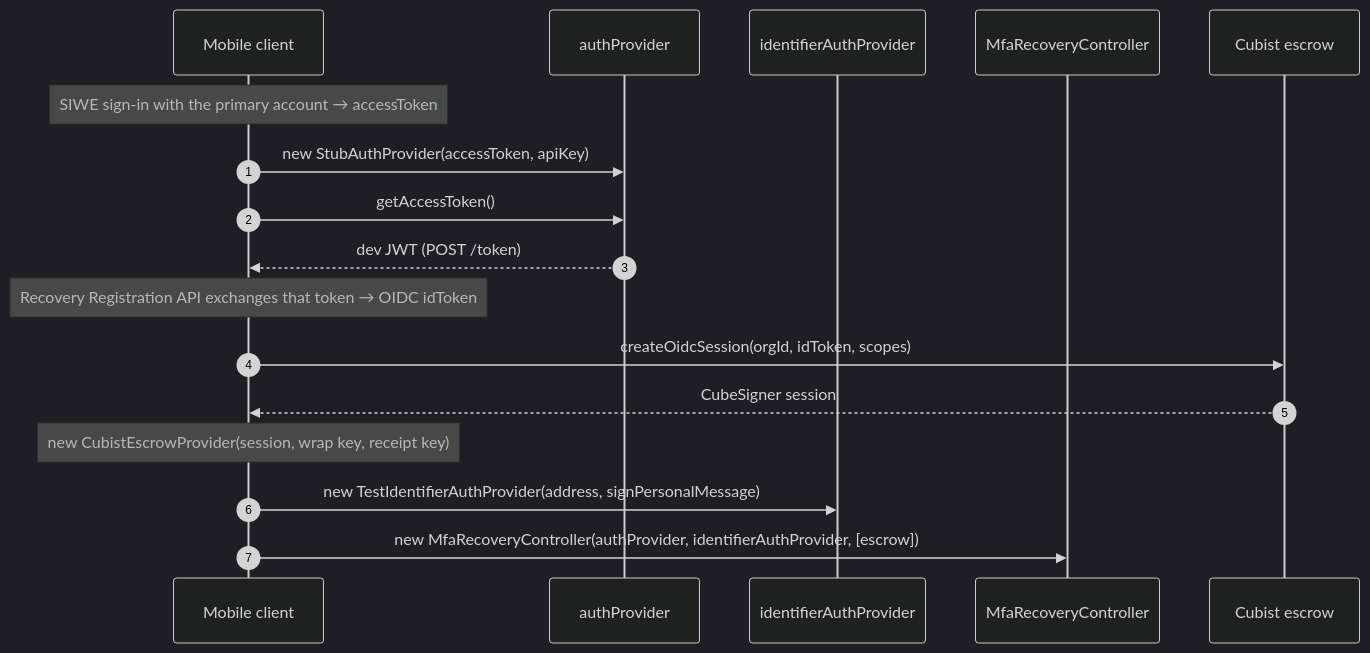
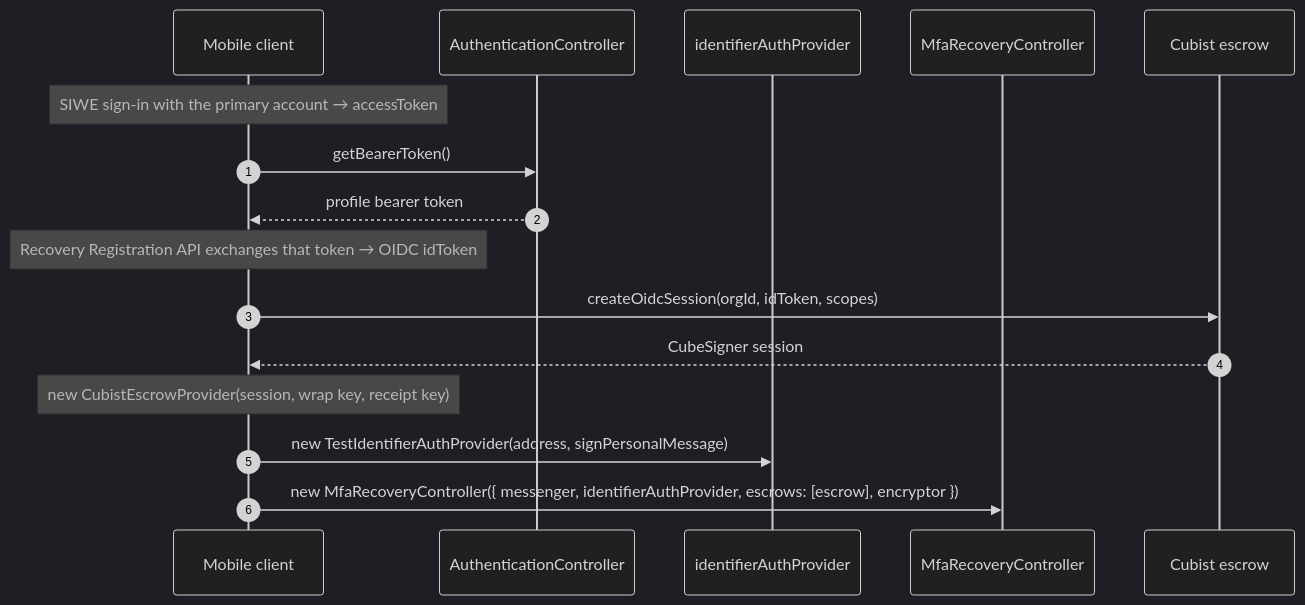
One commit to MetaMask/core changed the first of 3 diagrams in packages/mfa-recovery-controller/CUBIST_TEST_SEQUENCE.md. Above: the diagram before and after it, drawn with Mermaid (dark theme). The commit also changed other lines of this file and 17 other files, not shown here.

First line of the commit message:
feat(mfa-recovery-controller): integrate AuthenticationController for MFA approvals

````diff
--- a/packages/mfa-recovery-controller/CUBIST_TEST_SEQUENCE.md
+++ b/packages/mfa-recovery-controller/CUBIST_TEST_SEQUENCE.md
@@ -23,20 +23,19 @@
 ```mermaid
 sequenceDiagram
   autonumber
   participant Mobile as Mobile client
-  participant Auth as authProvider
+  participant Auth as AuthenticationController
   participant Id as identifierAuthProvider
   participant C as MfaRecoveryController
   participant Cubist as Cubist escrow
 
   Note over Mobile: SIWE sign-in with the primary account → accessToken
-  Mobile->>Auth: new StubAuthProvider(accessToken, apiKey)
-  Mobile->>Auth: getAccessToken()
-  Auth-->>Mobile: dev JWT (POST /token)
+  Mobile->>Auth: getBearerToken()
+  Auth-->>Mobile: profile bearer token
   Note over Mobile: Recovery Registration API exchanges that token → OIDC idToken
   Mobile->>Cubist: createOidcSession(orgId, idToken, scopes)
   Cubist-->>Mobile: CubeSigner session
   Note over Mobile: new CubistEscrowProvider(session, wrap key, receipt key)
   Mobile->>Id: new TestIdentifierAuthProvider(address, signPersonalMessage)
-  Mobile->>C: new MfaRecoveryController(authProvider, identifierAuthProvider, [escrow])
+  Mobile->>C: new MfaRecoveryController({ messenger, identifierAuthProvider, escrows: [escrow], encryptor })
 ```
````
